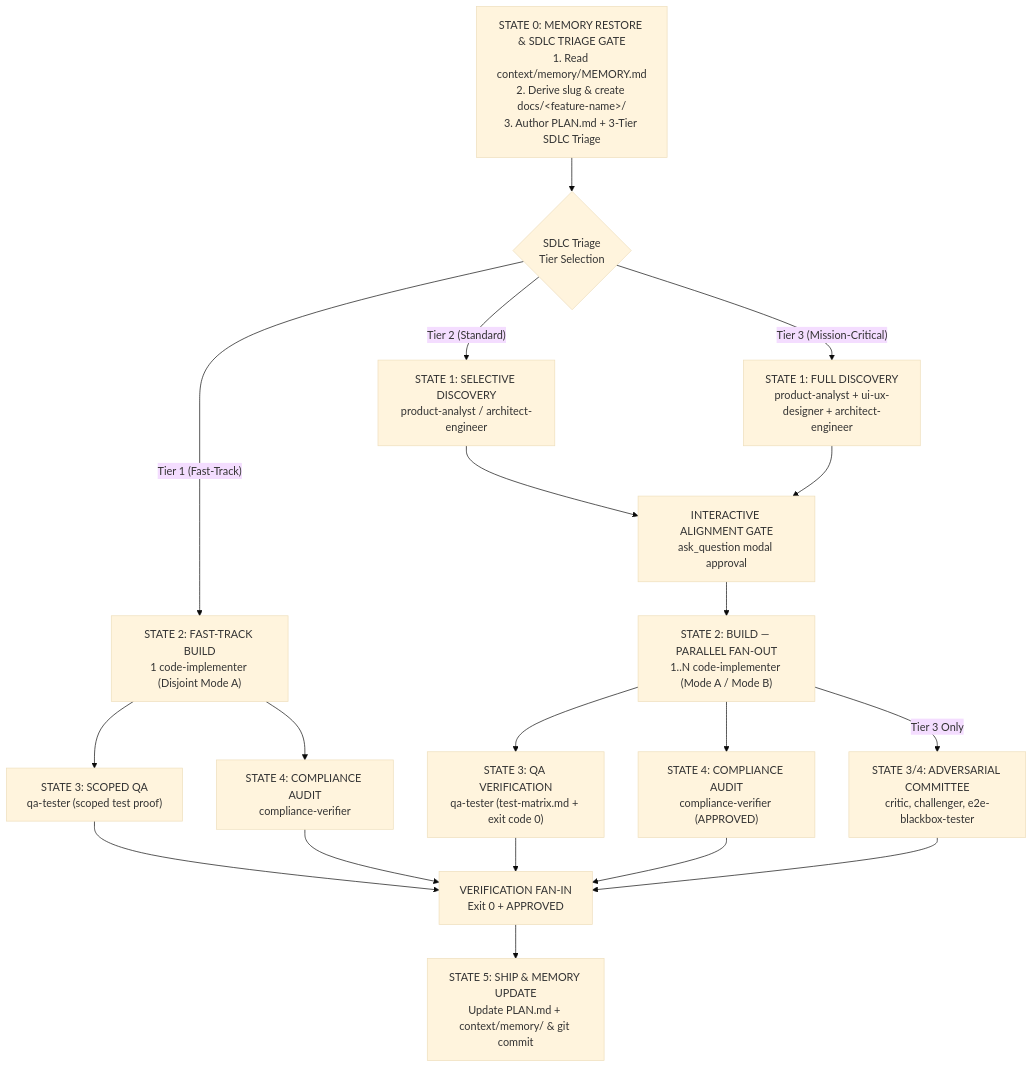
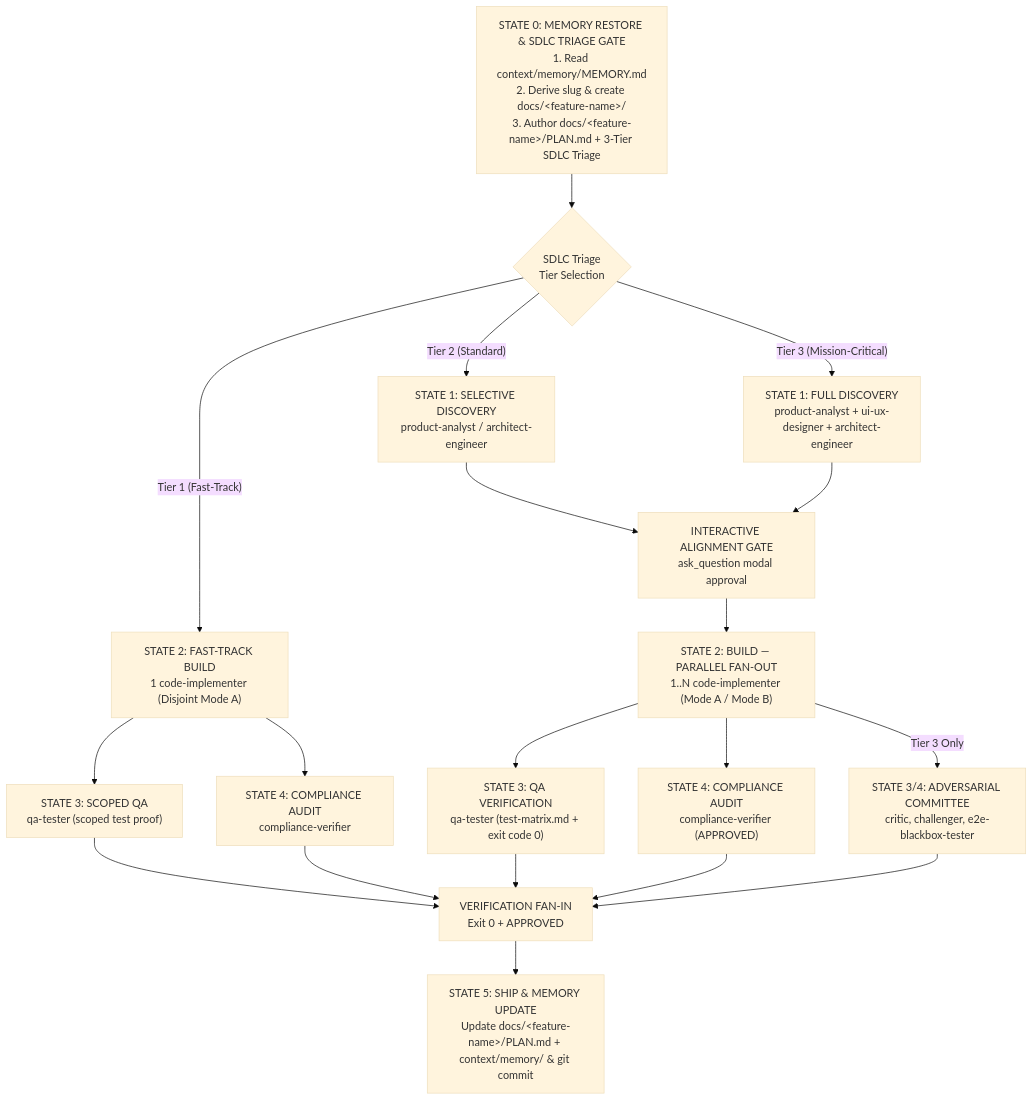
Before and after one commit to jggomez/expert-ai-developer-skills: the diagram in AGENTS.md, drawn with Mermaid (base theme). The commit also changed other lines of this file and 44 other files, not shown here.

First line of the commit message:
feat(senior-dev): keep the feature plan in docs/<feature-name>/PLAN.md

````diff
--- a/AGENTS.md
+++ b/AGENTS.md
@@ -26,21 +26,21 @@
 ```mermaid
 flowchart TD
-    STATE0["STATE 0: MEMORY RESTORE & SDLC TRIAGE GATE<br/>1. Read context/memory/MEMORY.md<br/>2. Derive slug & create docs/&lt;feature-name&gt;/<br/>3. Author PLAN.md + 3-Tier SDLC Triage"] --> ROUTE{"SDLC Triage<br/>Tier Selection"}
+    STATE0["STATE 0: MEMORY RESTORE & SDLC TRIAGE GATE<br/>1. Read context/memory/MEMORY.md<br/>2. Derive slug & create docs/&lt;feature-name&gt;/<br/>3. Author docs/&lt;feature-name&gt;/PLAN.md + 3-Tier SDLC Triage"] --> ROUTE{"SDLC Triage<br/>Tier Selection"}
     ROUTE -->|"Tier 1 (Fast-Track)"| STATE2_T1["STATE 2: FAST-TRACK BUILD<br/>1 code-implementer (Disjoint Mode A)"]
     ROUTE -->|"Tier 2 (Standard)"| STATE1_T2["STATE 1: SELECTIVE DISCOVERY<br/>product-analyst / architect-engineer"]
     ROUTE -->|"Tier 3 (Mission-Critical)"| STATE1_T3["STATE 1: FULL DISCOVERY<br/>product-analyst + ui-ux-designer + architect-engineer"]
     STATE1_T2 --> GATE["INTERACTIVE ALIGNMENT GATE<br/>ask_question modal approval"]
     STATE1_T3 --> GATE
     GATE --> STATE2["STATE 2: BUILD — PARALLEL FAN-OUT<br/>1..N code-implementer (Mode A / Mode B)"]
     STATE2_T1 --> STATE3_QA_T1["STATE 3: SCOPED QA<br/>qa-tester (scoped test proof)"]
     STATE2_T1 --> STATE4_AUDIT_T1["STATE 4: COMPLIANCE AUDIT<br/>compliance-verifier"]
     STATE2 --> STATE3_QA["STATE 3: QA VERIFICATION<br/>qa-tester (test-matrix.md + exit code 0)"]
     STATE2 --> STATE4_AUDIT["STATE 4: COMPLIANCE AUDIT<br/>compliance-verifier (APPROVED)"]
     STATE2 -->|"Tier 3 Only"| STATE3_ADV["STATE 3/4: ADVERSARIAL COMMITTEE<br/>critic, challenger, e2e-blackbox-tester"]
     STATE3_QA_T1 --> FAN_IN["VERIFICATION FAN-IN<br/>Exit 0 + APPROVED"]
     STATE4_AUDIT_T1 --> FAN_IN
     STATE3_QA --> FAN_IN
     STATE4_AUDIT --> FAN_IN
     STATE3_ADV --> FAN_IN
-    FAN_IN --> STATE5["STATE 5: SHIP & MEMORY UPDATE<br/>Update PLAN.md + context/memory/ & git commit"]
+    FAN_IN --> STATE5["STATE 5: SHIP & MEMORY UPDATE<br/>Update docs/&lt;feature-name&gt;/PLAN.md + context/memory/ & git commit"]
 ```
````
